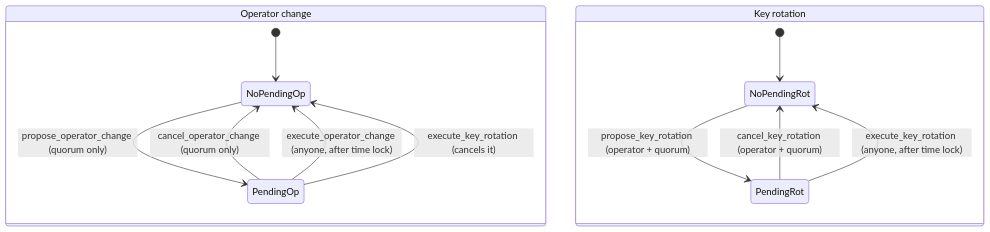
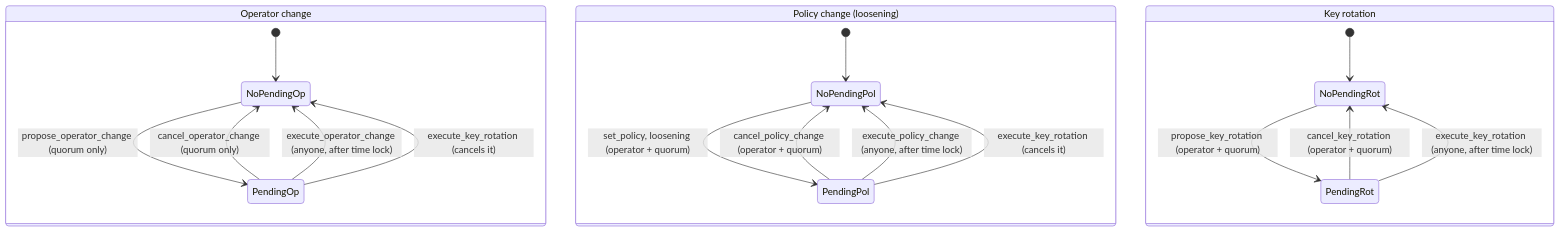
The third of 3 diagrams in docs/architecture.md (osdeniz/qrypton-vault), drawn with Mermaid before and after one commit. The commit also changed other lines of this file and 3 other files, not shown here.

Commit message:
docs: document time-locked policy loosening and its limits

````diff
--- a/docs/architecture.md
+++ b/docs/architecture.md
@@ -138,16 +149,23 @@
 ```mermaid
 stateDiagram-v2
     state "Operator change" as OC {
         [*] --> NoPendingOp
         NoPendingOp --> PendingOp: propose_operator_change (quorum only)
         PendingOp --> NoPendingOp: cancel_operator_change (quorum only)
         PendingOp --> NoPendingOp: execute_operator_change (anyone, after time lock)
         PendingOp --> NoPendingOp: execute_key_rotation (cancels it)
     }
+    state "Policy change (loosening)" as PC {
+        [*] --> NoPendingPol
+        NoPendingPol --> PendingPol: set_policy, loosening (operator + quorum)
+        PendingPol --> NoPendingPol: cancel_policy_change (operator + quorum)
+        PendingPol --> NoPendingPol: execute_policy_change (anyone, after time lock)
+        PendingPol --> NoPendingPol: execute_key_rotation (cancels it)
+    }
     state "Key rotation" as KR {
         [*] --> NoPendingRot
         NoPendingRot --> PendingRot: propose_key_rotation (operator + quorum)
         PendingRot --> NoPendingRot: cancel_key_rotation (operator + quorum)
         PendingRot --> NoPendingRot: execute_key_rotation (anyone, after time lock)
     }
 ```
````
